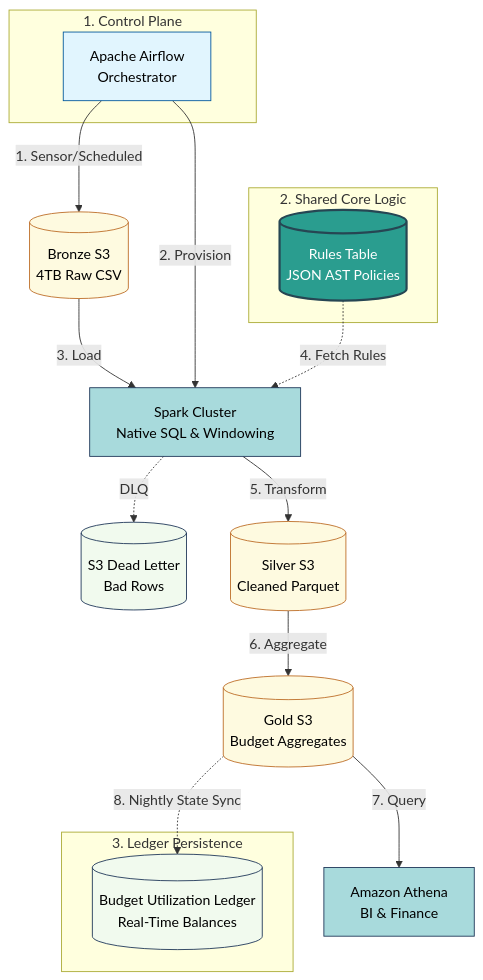
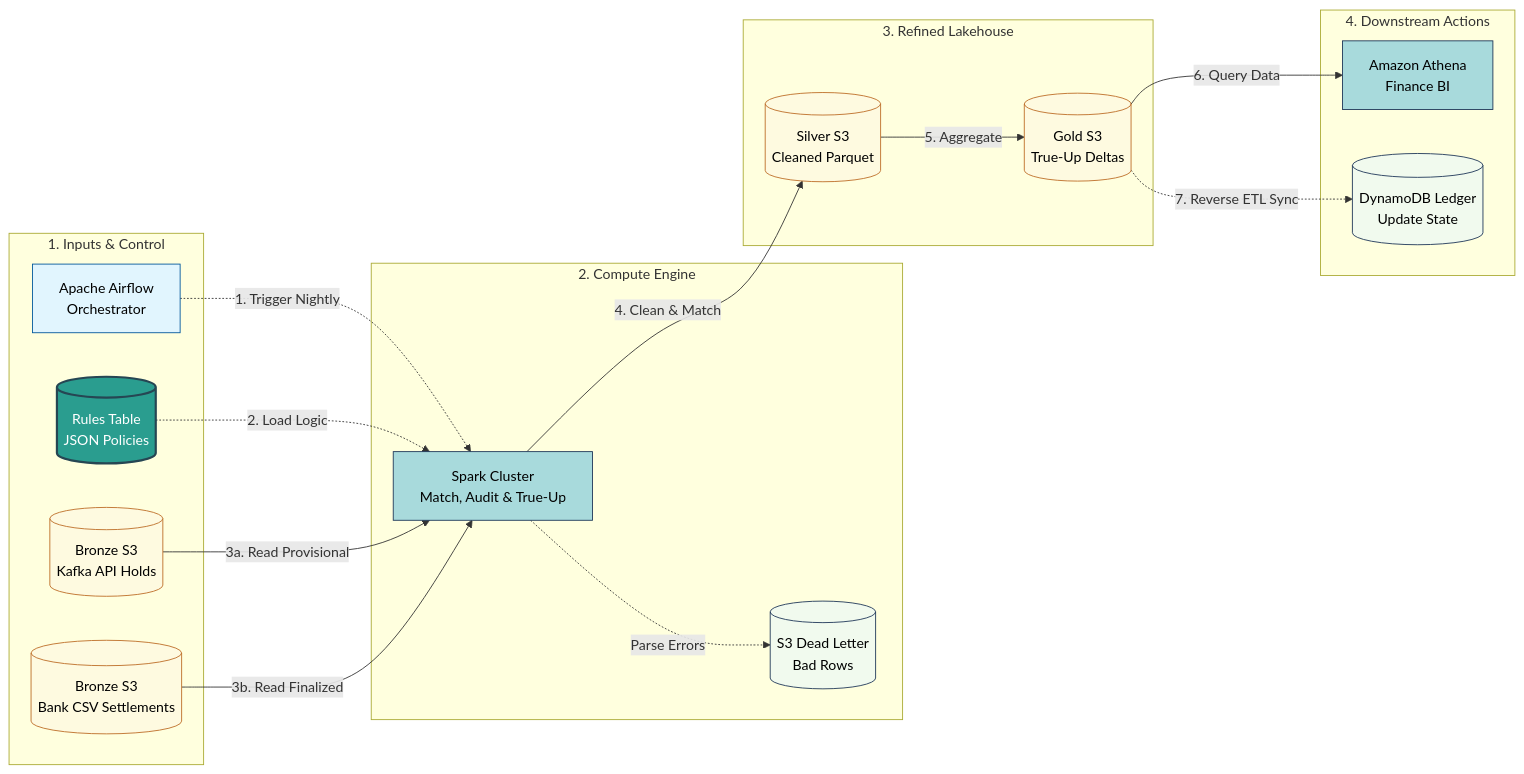
One commit to MadhavRao160/ruleEngine changed the fourth of 4 diagrams in docs/hld/system-design-diagrams.md. Above: the diagram before and after it, drawn with Mermaid. The commit also changed other lines of this file and 2 other files, not shown here.

Commit message:
initialize repository structure and architecture blueprints

````diff
--- a/docs/hld/system-design-diagrams.md
+++ b/docs/hld/system-design-diagrams.md
@@ -198,76 +210,64 @@
 ```mermaid
-graph TD
+graph LR
     %% ==========================================
     %% 1. STYLE DEFINITIONS
     %% ==========================================
     classDef compute fill:#a8dadc,stroke:#1d3557,stroke-width:1px,color:#000;
     classDef s3 fill:#fefae0,stroke:#bc6c25,stroke-width:1px,color:#000;
     classDef core fill:#2a9d8f,stroke:#264653,stroke-width:2.5px,color:#fff;
     classDef database fill:#f1faee,stroke:#1d3557,stroke-width:1px,color:#000;
     classDef airflow fill:#e1f5fe,stroke:#01579b,stroke-width:1px,color:#000;
 
     %% ==========================================
-    %% 2. TOP LEVEL: INGESTION & CONTROL
+    %% 2. PIPELINE ZONES (Left to Right)
     %% ==========================================
-    subgraph Control_Zone ["1. Control Plane"]
+
+    subgraph Inputs [1. Inputs & Control]
         Airflow[Apache Airflow <br> Orchestrator]
+        DSL[(Rules Table <br> JSON Policies)]
+        Bronze_Events[(Bronze S3 <br> Kafka API Holds)]
+        Bronze_Bank[(Bronze S3 <br> Bank CSV Settlements)]
     end
     class Airflow airflow;
+    class DSL core;
+    class Bronze_Events,Bronze_Bank s3;
 
-    Bronze[(Bronze S3 <br> 4TB Raw CSV)]
-    class Bronze s3;
+    subgraph Processing [2. Compute Engine]
+        Spark[Spark Cluster <br> Match, Audit & True-Up]
+        DLQ[(S3 Dead Letter <br> Bad Rows)]
+    end
+    class Spark compute;
+    class DLQ database;
+
+    subgraph Storage [3. Refined Lakehouse]
+        Silver[(Silver S3 <br> Cleaned Parquet)]
+        Gold[(Gold S3 <br> True-Up Deltas)]
+    end
+    class Silver,Gold s3;
+
+    subgraph Outputs [4. Downstream Actions]
+        Athena[Amazon Athena <br> Finance BI]
+        State[(DynamoDB Ledger <br> Update State)]
+    end
+    class Athena compute;
+    class State database;
 
     %% ==========================================
-    %% 3. MIDDLE LEVEL: COMPUTE & RULES
-    %% ==========================================
-    subgraph Core_Zone ["2. Shared Core Logic"]
-        DSL[(Rules Table <br> JSON AST Policies)]
-    end
-    class DSL core;
-
-    Spark[Spark Cluster <br> Native SQL & Windowing]
-    class Spark compute;
-
-    DLQ[(S3 Dead Letter <br> Bad Rows)]
-    class DLQ database;
-
-    %% ==========================================
-    %% 4. BOTTOM LEVEL: REFINEMENT & STATE
-    %% ==========================================
-    Silver[(Silver S3 <br> Cleaned Parquet)]
-    class Silver s3;
-
-    Gold[(Gold S3 <br> Budget Aggregates)]
-    class Gold s3;
-
-    subgraph State_Zone ["3. Ledger Persistence"]
-        State[(Budget Utilization Ledger <br> Real-Time Balances)]
-    end
-    class State database;
-
-    Athena[Amazon Athena <br> BI & Finance]
-    class Athena compute;
-
-    %% ==========================================
-    %% 5. THE VERTICAL CONNECTIONS (THE SPINE)
+    %% 3. THE DATA FLOW CONNECTIONS
     %% ==========================================
     
-    %% Main Data Downward Flow
-    Bronze -->|3. Load| Spark
-    Spark -->|5. Transform| Silver
-    Silver -->|6. Aggregate| Gold
-    Gold -->|7. Query| Athena
+    %% Ingestion to Compute
+    Airflow -.->|1. Trigger Nightly| Spark
+    DSL -.->|2. Load Logic| Spark
+    Bronze_Events -->|3a. Read Provisional| Spark
+    Bronze_Bank -->|3b. Read Finalized| Spark
 
-    %% Orchestration (Inward from Left)
-    Airflow -->|1. Sensor/Scheduled| Bronze
-    Airflow -->|2. Provision| Spark
+    %% Compute to Storage
+    Spark -.->|Parse Errors| DLQ
+    Spark -->|4. Clean & Match| Silver
+    Silver -->|5. Aggregate| Gold
 
-    %% Logic Ingestion (Inward from Right)
-    DSL -.->|4. Fetch Rules| Spark
-
-    %% Error Routing (Outward to Left)
-    Spark -.->|DLQ| DLQ
-
-    %% Reconciliation (Inward from Bottom-Right)
-    Gold -.->|8. Nightly State Sync| State
+    %% Storage to Outputs
+    Gold -->|6. Query Data| Athena
+    Gold -.->|7. Reverse ETL Sync| State
 ```
````
